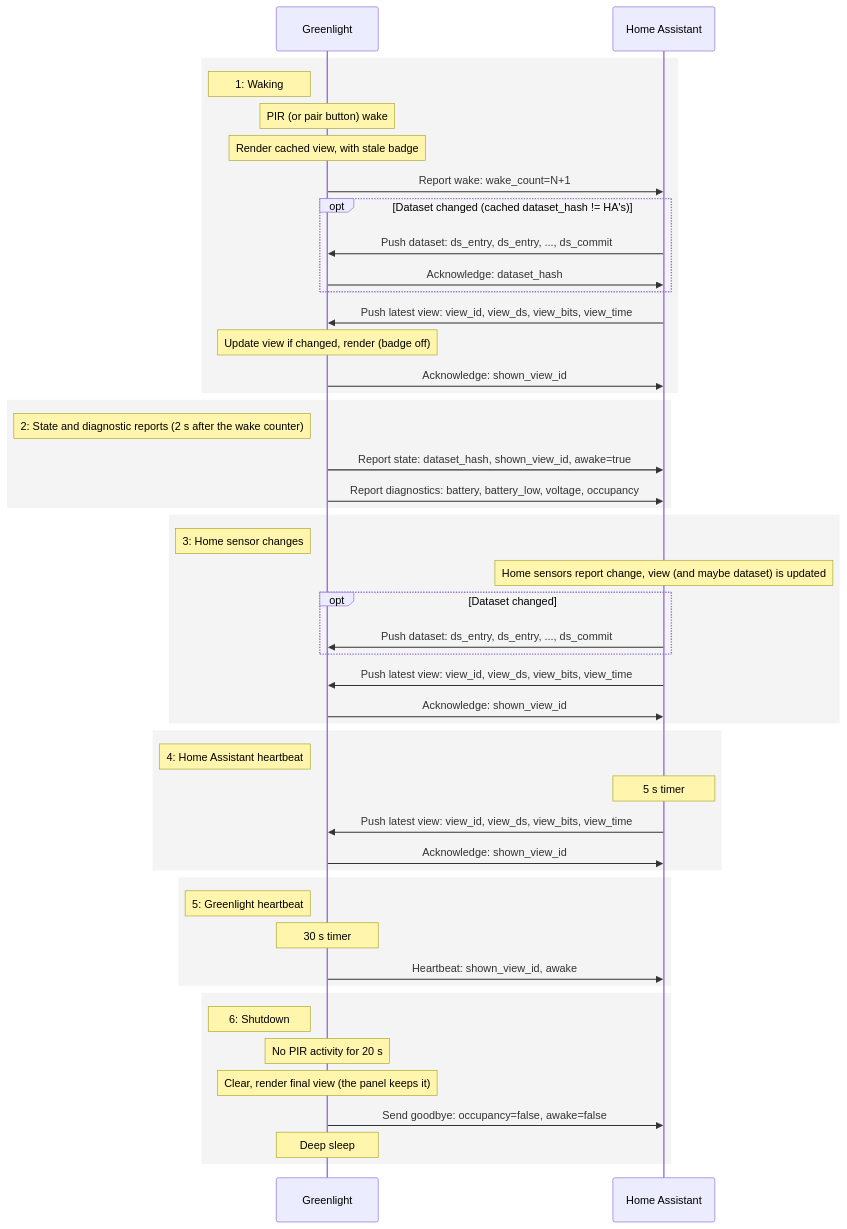
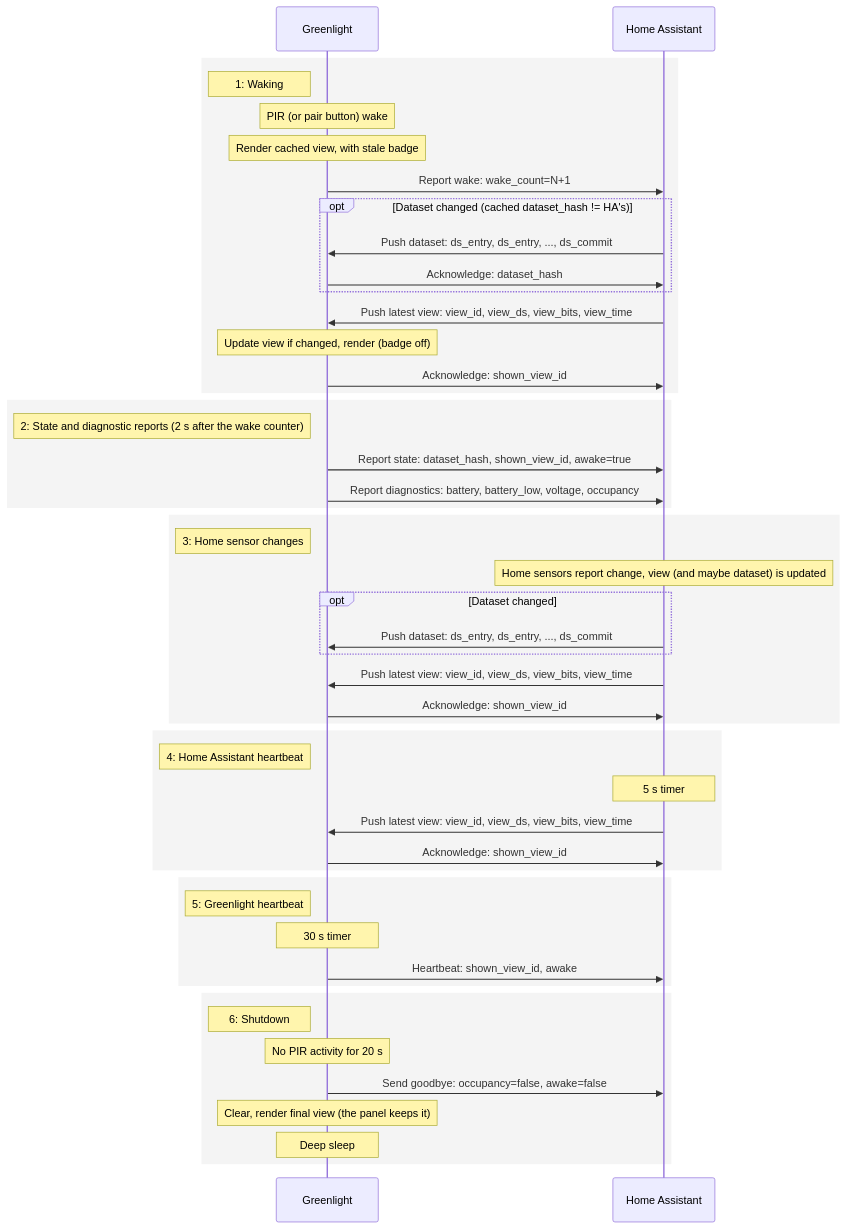
One commit to vgabor99/greenlight changed the second of 2 diagrams in docs/architecture.md. Above: the diagram before and after it, drawn with Mermaid. The commit also changed other lines of this file and 11 other files, not shown here.

````diff
--- a/docs/architecture.md
+++ b/docs/architecture.md
@@ -123,56 +123,56 @@
 ```mermaid
 sequenceDiagram
     participant Greenlight
     participant HomeAssistant as Home Assistant
 
     rect rgba(200, 200, 200, 0.2)
     Note left of Greenlight: 1: Waking
     Note over Greenlight: PIR (or pair button) wake
     Note over Greenlight: Render cached view, with stale badge
     Greenlight->>HomeAssistant: Report wake: wake_count=N+1
     opt Dataset changed (cached dataset_hash != HA's)
     HomeAssistant->>Greenlight: Push dataset: ds_entry, ds_entry, ..., ds_commit
     Greenlight->>HomeAssistant: Acknowledge: dataset_hash
     end
     HomeAssistant->>Greenlight: Push latest view: view_id, view_ds, view_bits, view_time
     Note over Greenlight: Update view if changed, render (badge off)
     Greenlight->>HomeAssistant: Acknowledge: shown_view_id
     end
 
     rect rgba(200, 200, 200, 0.2)
     Note left of Greenlight: 2: State and diagnostic reports (2 s after the wake counter)
     Greenlight->>HomeAssistant: Report state: dataset_hash, shown_view_id, awake=true
     Greenlight->>HomeAssistant: Report diagnostics: battery, battery_low, voltage, occupancy
     end
 
     rect rgba(200, 200, 200, 0.2)
     Note left of Greenlight: 3: Home sensor changes
     Note over HomeAssistant: Home sensors report change, view (and maybe dataset) is updated
     opt Dataset changed
     HomeAssistant->>Greenlight: Push dataset: ds_entry, ds_entry, ..., ds_commit
     end
     HomeAssistant->>Greenlight: Push latest view: view_id, view_ds, view_bits, view_time
     Greenlight->>HomeAssistant: Acknowledge: shown_view_id
     end
 
     rect rgba(200, 200, 200, 0.2)
     Note left of Greenlight: 4: Home Assistant heartbeat
     Note over HomeAssistant: 5 s timer
     HomeAssistant->>Greenlight: Push latest view: view_id, view_ds, view_bits, view_time
     Greenlight->>HomeAssistant: Acknowledge: shown_view_id
     end
 
     rect rgba(200, 200, 200, 0.2)
     Note left of Greenlight: 5: Greenlight heartbeat
     Note over Greenlight: 30 s timer
     Greenlight->>HomeAssistant: Heartbeat: shown_view_id, awake
     end
 
     rect rgba(200, 200, 200, 0.2)
     Note left of Greenlight: 6: Shutdown
     Note over Greenlight: No PIR activity for 20 s
+    Greenlight->>HomeAssistant: Send goodbye: occupancy=false, awake=false
     Note over Greenlight: Clear, render final view (the panel keeps it)
-    Greenlight->>HomeAssistant: Send goodbye: occupancy=false, awake=false
     Note over Greenlight: Deep sleep
     end
 ```
````
